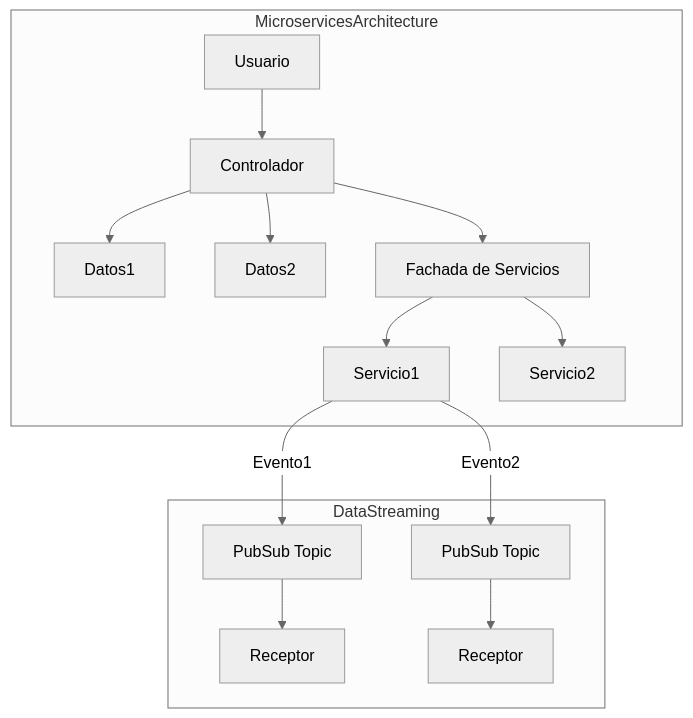
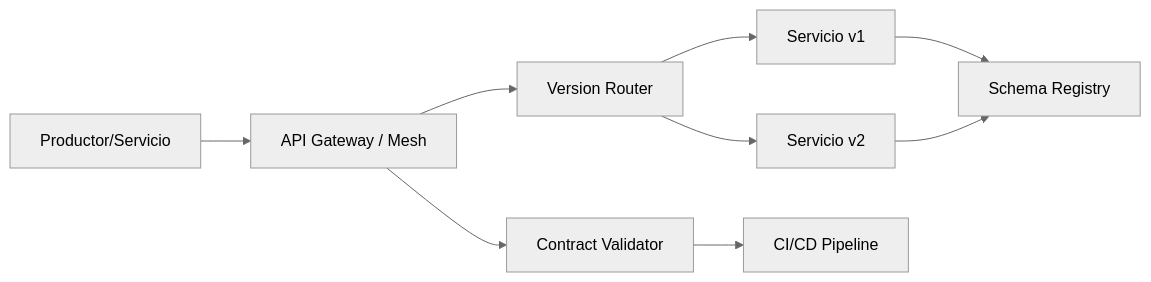
Before and after one commit to Joaquinriosheredia/DAM-Java-Mastery: the second of 7 diagrams in _Review/compatibilidad_evolutiva_entre_microservicios/compatibilidad_evolutiva_entre_microservicios.md, drawn with Mermaid (neutral theme). The commit also changed other lines of this file, not shown here.

````diff
--- a/_Review/compatibilidad_evolutiva_entre_microservicios/compatibilidad_evolutiva_entre_microservicios.md
+++ b/_Review/compatibilidad_evolutiva_entre_microservicios/compatibilidad_evolutiva_entre_microservicios.md
@@ -162,18 +78,11 @@
 ```mermaid
-graph TD
-    subgraph MicroservicesArchitecture
-        U[Usuario] --> C[Controlador]
-        C --> D1[Datos1]
-        C --> D2[Datos2]
-        C --> E[Fachada de Servicios]
-        E --> S1[Servicio1]
-        E --> S2[Servicio2]
-    end
-
-    subgraph DataStreaming
-        S1 -- Evento1 --> P[PubSub Topic]
-        S1 -- Evento2 --> Q[PubSub Topic]
-        P --> R[Receptor]
-        Q --> T[Receptor]
-    end
+graph LR
+    PROD[Productor/Servicio] --> GW[API Gateway / Mesh]
+    GW --> ROUTER[Version Router]
+    ROUTER --> SVC_V1[Servicio v1]
+    ROUTER --> SVC_V2[Servicio v2]
+    SVC_V1 --> REG[Schema Registry]
+    SVC_V2 --> REG
+    GW --> CDC[Contract Validator]
+    CDC --> CI[CI/CD Pipeline]
 ```
````
